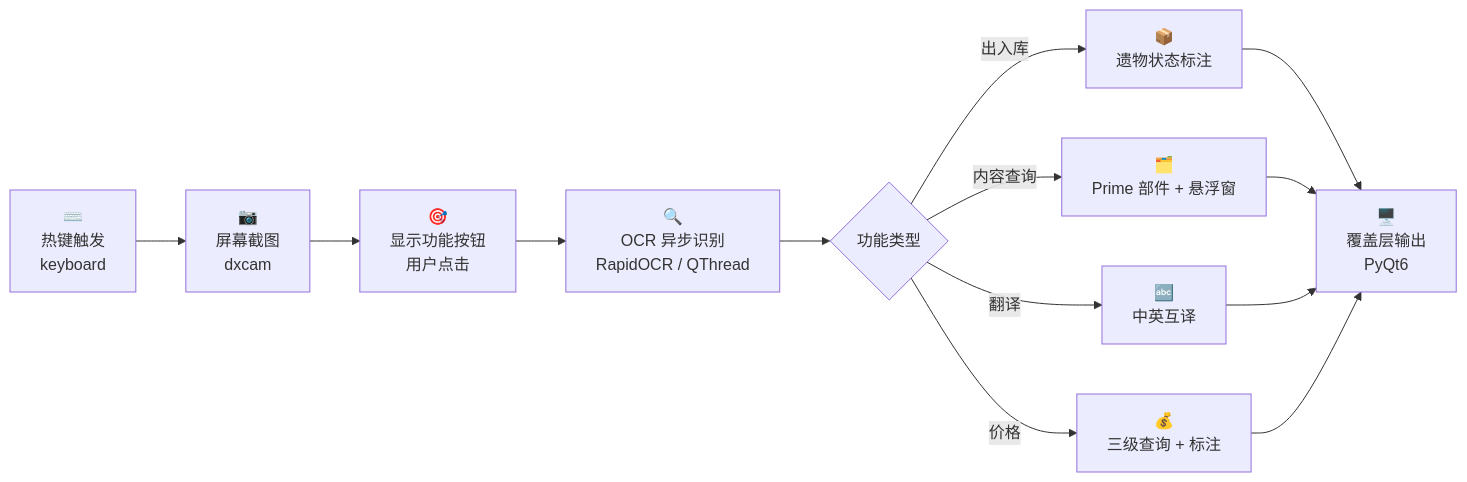
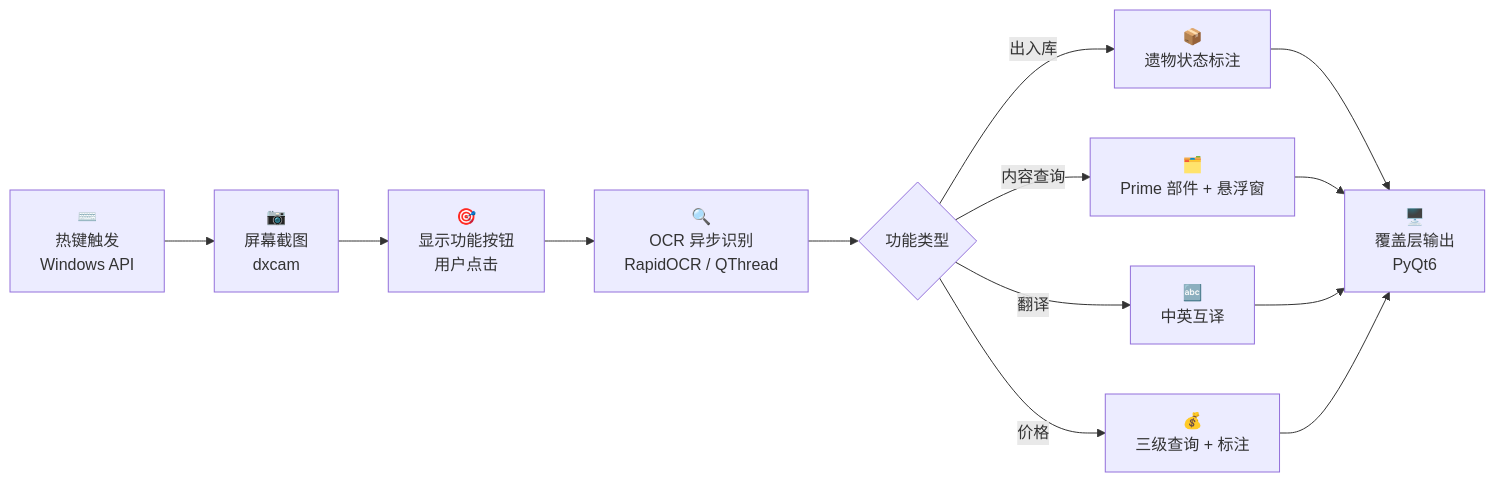
One commit to NeonXi/WARFRAME-RELIC changed the diagram in README.md. Above: the diagram before and after it, drawn with Mermaid. The commit also changed other lines of this file and 90 other files, not shown here.

````diff
--- a/README.md
+++ b/README.md
@@ -194,12 +212,12 @@
 ```mermaid
 flowchart LR
-    A["⌨️<br/>热键触发<br/>keyboard"] --> B["📷<br/>屏幕截图<br/>dxcam"]
+    A["⌨️<br/>热键触发<br/>Windows API"] --> B["📷<br/>屏幕截图<br/>dxcam"]
     B --> C["🎯<br/>显示功能按钮<br/>用户点击"]
     C --> D["🔍<br/>OCR 异步识别<br/>RapidOCR / QThread"]
     D --> E{"功能类型"}
     E -- "出入库" --> F1["📦<br/>遗物状态标注"]
     E -- "内容查询" --> F2["🗂️<br/>Prime 部件 + 悬浮窗"]
     E -- "翻译" --> F3["🔤<br/>中英互译"]
     E -- "价格" --> F4["💰<br/>三级查询 + 标注"]
     F1 & F2 & F3 & F4 --> G["🖥️<br/>覆盖层输出<br/>PyQt6"]
 ```
````
